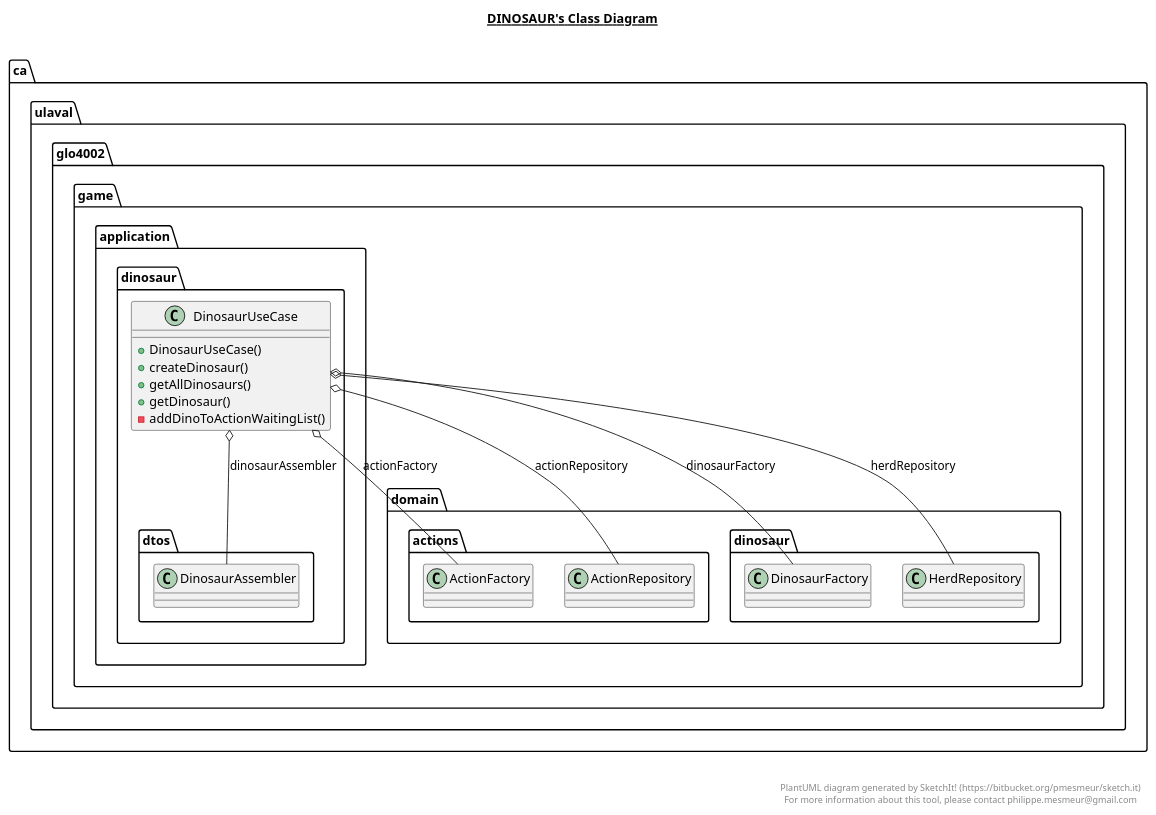
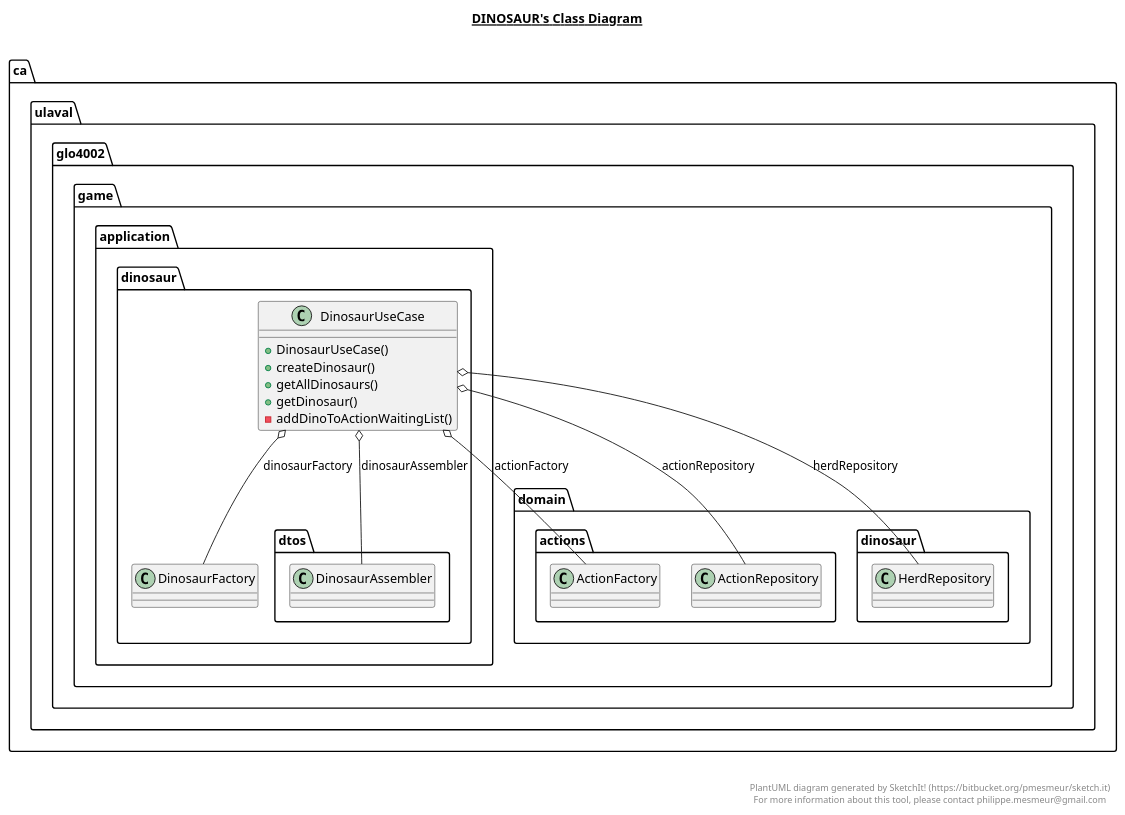
The diagram in game-api/src/main/java/ca/ulaval/glo4002/game/application/dinosaur/dinosaur.plantuml (MALEC321/MEP7), drawn with PlantUML before and after one commit. The commit also changed 13 other files, not shown here.

```diff
--- a/game-api/src/main/java/ca/ulaval/glo4002/game/application/dinosaur/dinosaur.plantuml
+++ b/game-api/src/main/java/ca/ulaval/glo4002/game/application/dinosaur/dinosaur.plantuml
@@ -1,31 +1,31 @@
 @startuml
 
 title __DINOSAUR's Class Diagram__\n
 
     namespace ca.ulaval.glo4002.game {
       namespace application.dinosaur {
         class ca.ulaval.glo4002.game.application.dinosaur.DinosaurUseCase {
             + DinosaurUseCase()
             + createDinosaur()
             + getAllDinosaurs()
             + getDinosaur()
             - addDinoToActionWaitingList()
         }
       }
     }
 
   ca.ulaval.glo4002.game.application.dinosaur.DinosaurUseCase o-- ca.ulaval.glo4002.game.domain.actions.ActionFactory : actionFactory
   ca.ulaval.glo4002.game.application.dinosaur.DinosaurUseCase o-- ca.ulaval.glo4002.game.domain.actions.ActionRepository : actionRepository
   ca.ulaval.glo4002.game.application.dinosaur.DinosaurUseCase o-- ca.ulaval.glo4002.game.application.dinosaur.dtos.DinosaurAssembler : dinosaurAssembler
-  ca.ulaval.glo4002.game.application.dinosaur.DinosaurUseCase o-- ca.ulaval.glo4002.game.domain.dinosaur.DinosaurFactory : dinosaurFactory
+  ca.ulaval.glo4002.game.application.dinosaur.DinosaurUseCase o-- ca.ulaval.glo4002.game.application.dinosaur.DinosaurFactory : dinosaurFactory
   ca.ulaval.glo4002.game.application.dinosaur.DinosaurUseCase o-- ca.ulaval.glo4002.game.domain.dinosaur.HerdRepository : herdRepository
 
 
 right footer
 
 
 PlantUML diagram generated by SketchIt! (https://bitbucket.org/pmesmeur/sketch.it)
 For more information about this tool, please contact philippe.mesmeur@gmail.com
 endfooter
 
 @enduml
```
